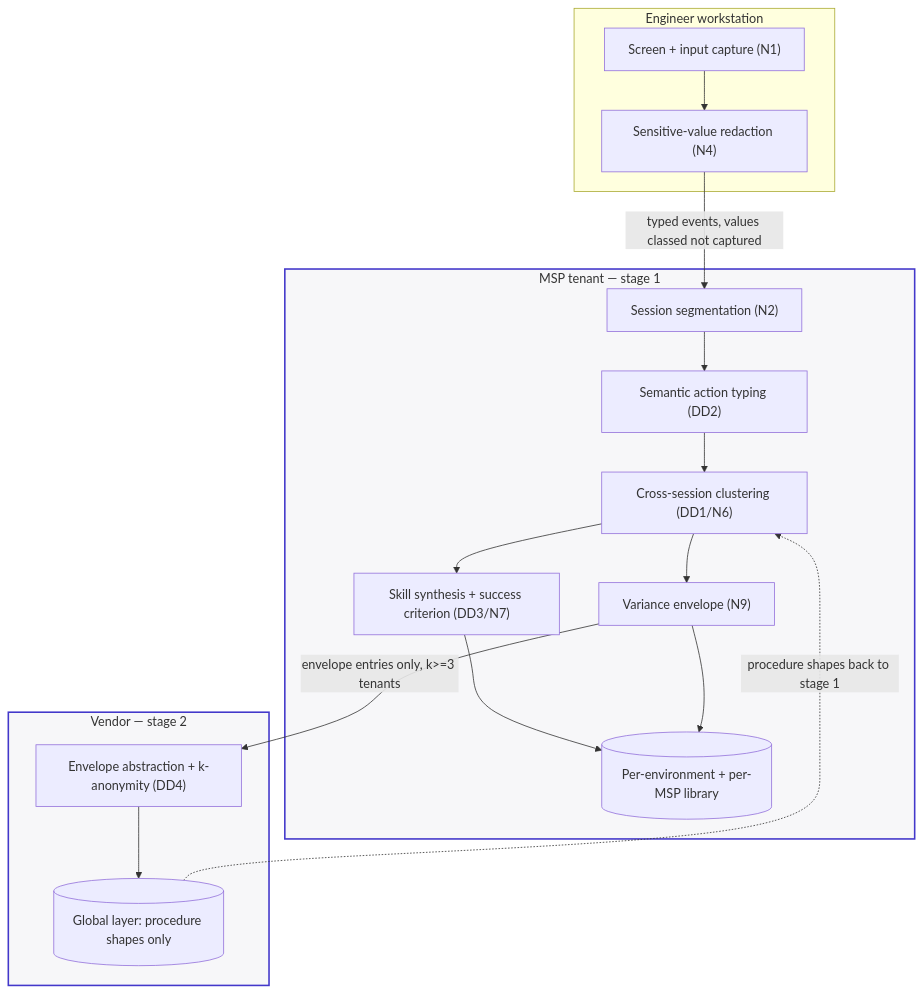
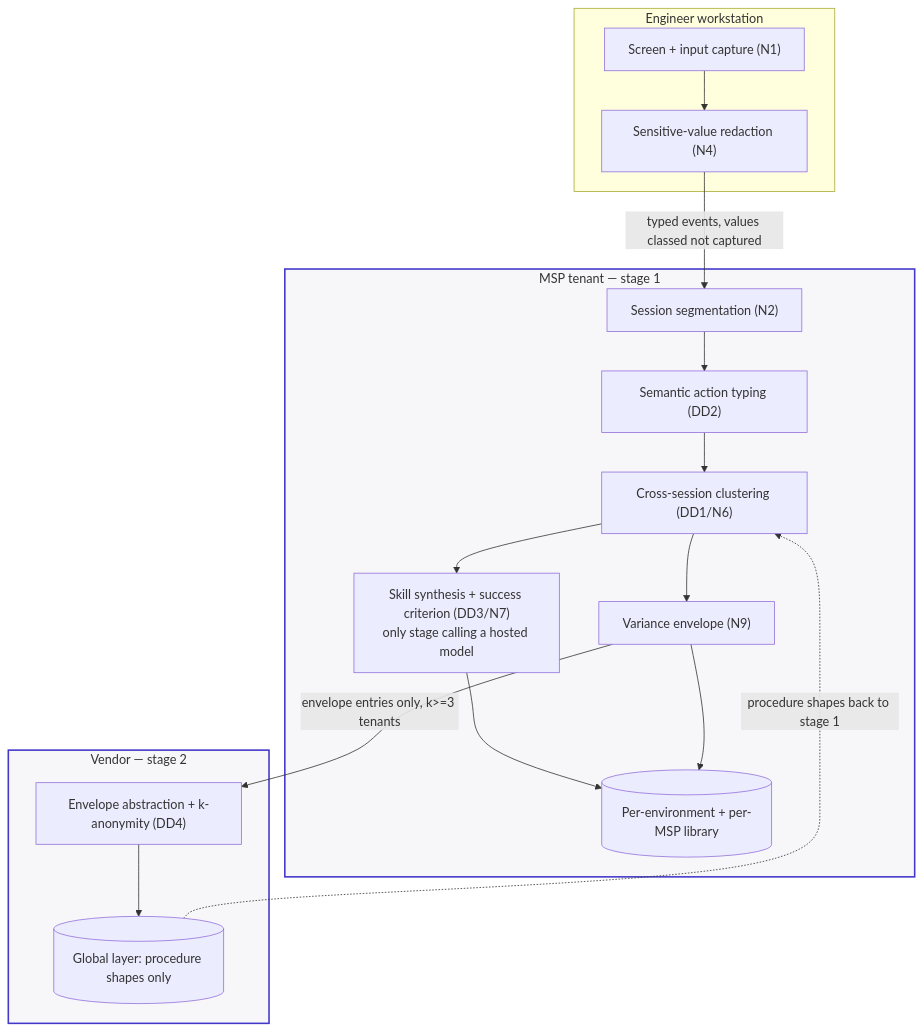
One commit to shreramsp/understudy-founder-pack changed the diagram in tech/architecture/D01.md. Above: the diagram before and after it, drawn with Mermaid. The commit also changed other lines of this file and 16 other files, not shown here.

````diff
--- a/tech/architecture/D01.md
+++ b/tech/architecture/D01.md
@@ -3,32 +3,32 @@
 ```mermaid
 flowchart TD
   subgraph WS["Engineer workstation"]
     A["Screen + input capture (N1)"]
     B["Sensitive-value redaction (N4)"]
     A --> B
   end
 
   subgraph MSP["MSP tenant — stage 1"]
     C["Session segmentation (N2)"]
     D["Semantic action typing (DD2)"]
     E["Cross-session clustering (DD1/N6)"]
-    F["Skill synthesis + success criterion (DD3/N7)"]
+    F["Skill synthesis + success criterion (DD3/N7)<br/>only stage calling a hosted model"]
     G["Variance envelope (N9)"]
     H[("Per-environment + per-MSP library")]
     C --> D --> E --> F --> H
     E --> G --> H
   end
 
   subgraph CENTRAL["Vendor — stage 2"]
     I["Envelope abstraction + k-anonymity (DD4)"]
     J[("Global layer: procedure shapes only")]
     I --> J
   end
 
   B -->|"typed events, values classed not captured"| C
   G -->|"envelope entries only, k>=3 tenants"| I
   J -.->|"procedure shapes back to stage 1"| E
 
   classDef boundary fill:#f7f7f9,stroke:#4338ca,stroke-width:2px
   class MSP,CENTRAL boundary
 ```
````
